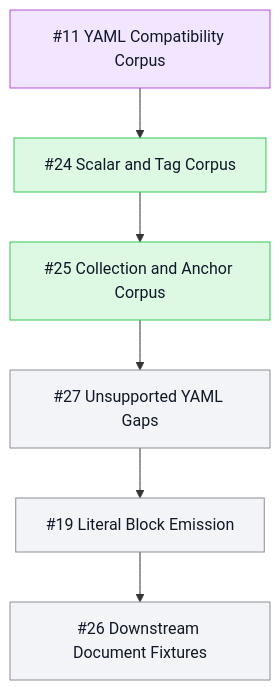
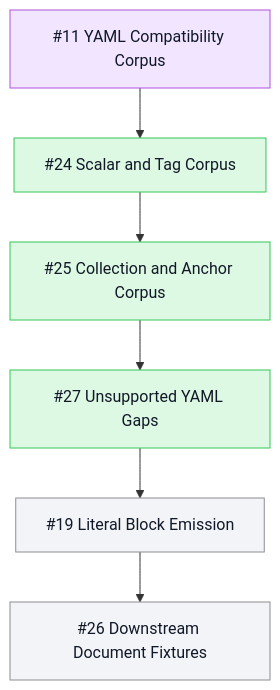
The third of 3 diagrams in README.md (mihaelamj/PureYAML), drawn with Mermaid before and after one commit. The commit also changed other lines of this file and 8 other files, not shown here.

Commit message:
test(compatibility): document unsupported yaml gaps

````diff
--- a/README.md
+++ b/README.md
@@ -68,18 +68,18 @@
 ```mermaid
 flowchart TB
   classDef done fill:#ddf9e4,stroke:#34c759,color:#111827
   classDef review fill:#fff7d6,stroke:#ffcc00,color:#111827
   classDef epic fill:#f2e5ff,stroke:#af52de,color:#111827
   classDef todo fill:#f2f4f7,stroke:#8e8e93,color:#111827
   Epic11["#11 YAML Compatibility Corpus"]:::epic
   Scalar24["#24 Scalar and Tag Corpus"]:::done
   Collection25["#25 Collection and Anchor Corpus"]:::done
-  Gaps27["#27 Unsupported YAML Gaps"]:::todo
+  Gaps27["#27 Unsupported YAML Gaps"]:::done
   Literal19["#19 Literal Block Emission"]:::todo
   Downstream26["#26 Downstream Document Fixtures"]:::todo
   Epic11 --> Scalar24
   Scalar24 --> Collection25
   Collection25 --> Gaps27
   Gaps27 --> Literal19
   Literal19 --> Downstream26
 ```
````
